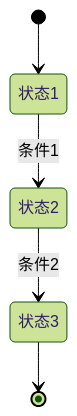
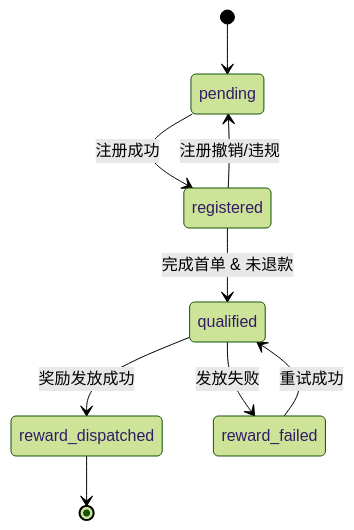
Before and after one commit to HaoranTong/ecommerce_platform: the fifth of 5 diagrams in docs/design/modules/social-features/design.md, drawn with Mermaid (forest theme). The commit also changed other lines of this file and 7 other files, not shown here.

````diff
--- a/docs/design/modules/social-features/design.md
+++ b/docs/design/modules/social-features/design.md
@@ -138,7 +236,11 @@
 ```mermaid
 stateDiagram-v2
-    [*] --> 状态1
-    状态1 --> 状态2: 条件1
-    状态2 --> 状态3: 条件2
-    状态3 --> [*]
+        [*] --> pending
+        pending --> registered: 注册成功
+        registered --> qualified: 完成首单 & 未退款
+        qualified --> reward_dispatched: 奖励发放成功
+        qualified --> reward_failed: 发放失败
+        reward_failed --> qualified: 重试成功
+        registered --> pending: 注册撤销/违规
+        reward_dispatched --> [*]
 ```
````
